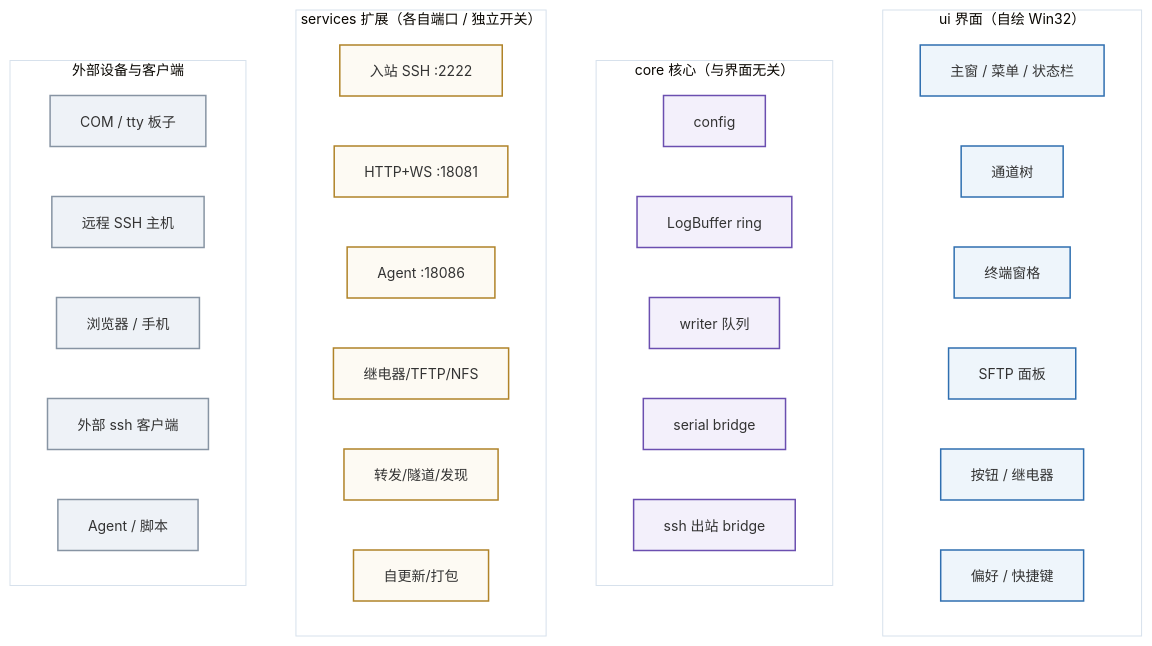
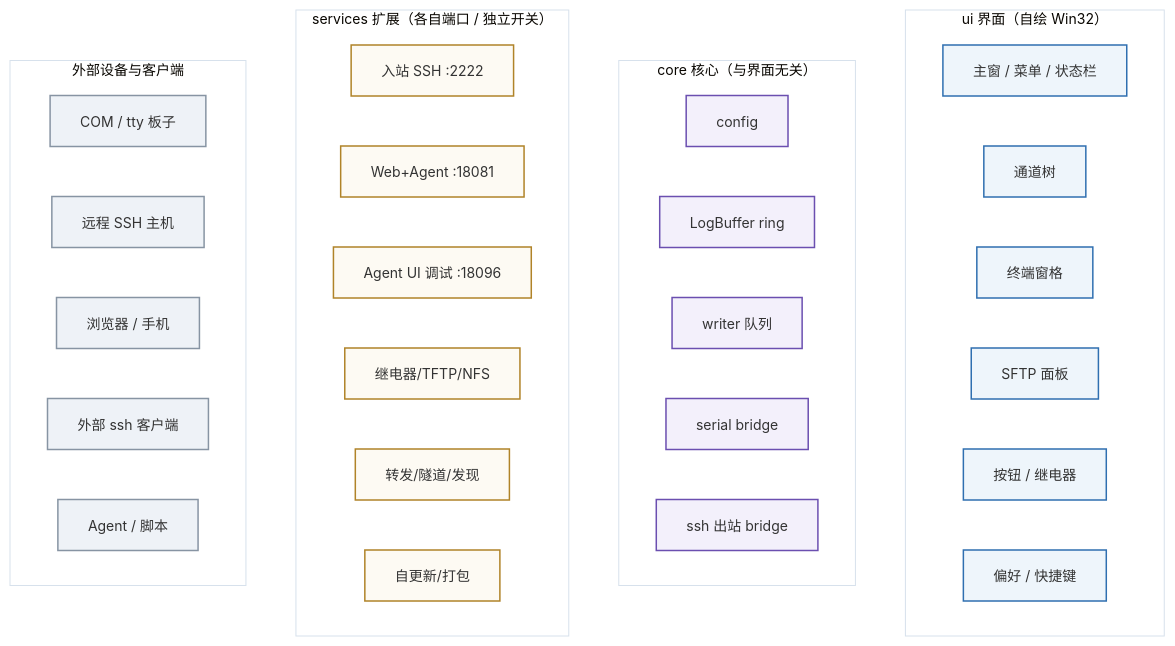
One commit to yanggan2015/ssh-bridge-v3 changed the first of 3 diagrams in docs/架构总览.md. Above: the diagram before and after it, drawn with Mermaid. The commit also changed other lines of this file and 7 other files, not shown here.

````diff
--- a/docs/架构总览.md
+++ b/docs/架构总览.md
@@ -21,46 +22,46 @@
 ```mermaid
 %%{init: {'theme':'base','themeVariables':{'clusterBkg':'#ffffff','clusterBorder':'#d7e1ec','fontFamily':'Microsoft YaHei, sans-serif','fontSize':'14px'},'flowchart':{'htmlLabels':false,'useMaxWidth':true}}}%%
 flowchart TB
   classDef ui fill:#eef5fb,stroke:#2f6fb0,stroke-width:1.5px
   classDef core fill:#f3f0fb,stroke:#6b4fb0,stroke-width:1.5px
   classDef svc fill:#fdfaf3,stroke:#b08328,stroke-width:1.5px
   classDef ext fill:#eef2f7,stroke:#8794a3,stroke-width:1.5px
 
   subgraph GUI["ui 界面（自绘 Win32）"]
     direction LR
     U1["主窗 / 菜单 / 状态栏"]:::ui
     U2["通道树"]:::ui
     U3["终端窗格"]:::ui
     U4["SFTP 面板"]:::ui
     U5["按钮 / 继电器"]:::ui
     U6["偏好 / 快捷键"]:::ui
   end
 
   subgraph GCORE["core 核心（与界面无关）"]
     direction LR
     C1["config"]:::core
     C2["LogBuffer ring"]:::core
     C3["writer 队列"]:::core
     C4["serial bridge"]:::core
     C5["ssh 出站 bridge"]:::core
   end
 
   subgraph GSVC["services 扩展（各自端口 / 独立开关）"]
     direction LR
     S1["入站 SSH :2222"]:::svc
-    S2["HTTP+WS :18081"]:::svc
-    S3["Agent :18086"]:::svc
+    S2["Web+Agent :18081"]:::svc
+    S3["Agent UI 调试 :18096"]:::svc
     S4["继电器/TFTP/NFS"]:::svc
     S5["转发/隧道/发现"]:::svc
     S6["自更新/打包"]:::svc
   end
 
   subgraph EXT["外部设备与客户端"]
     direction LR
     X1["COM / tty 板子"]:::ext
     X2["远程 SSH 主机"]:::ext
     X3["浏览器 / 手机"]:::ext
     X4["外部 ssh 客户端"]:::ext
     X5["Agent / 脚本"]:::ext
   end
 ```
````
